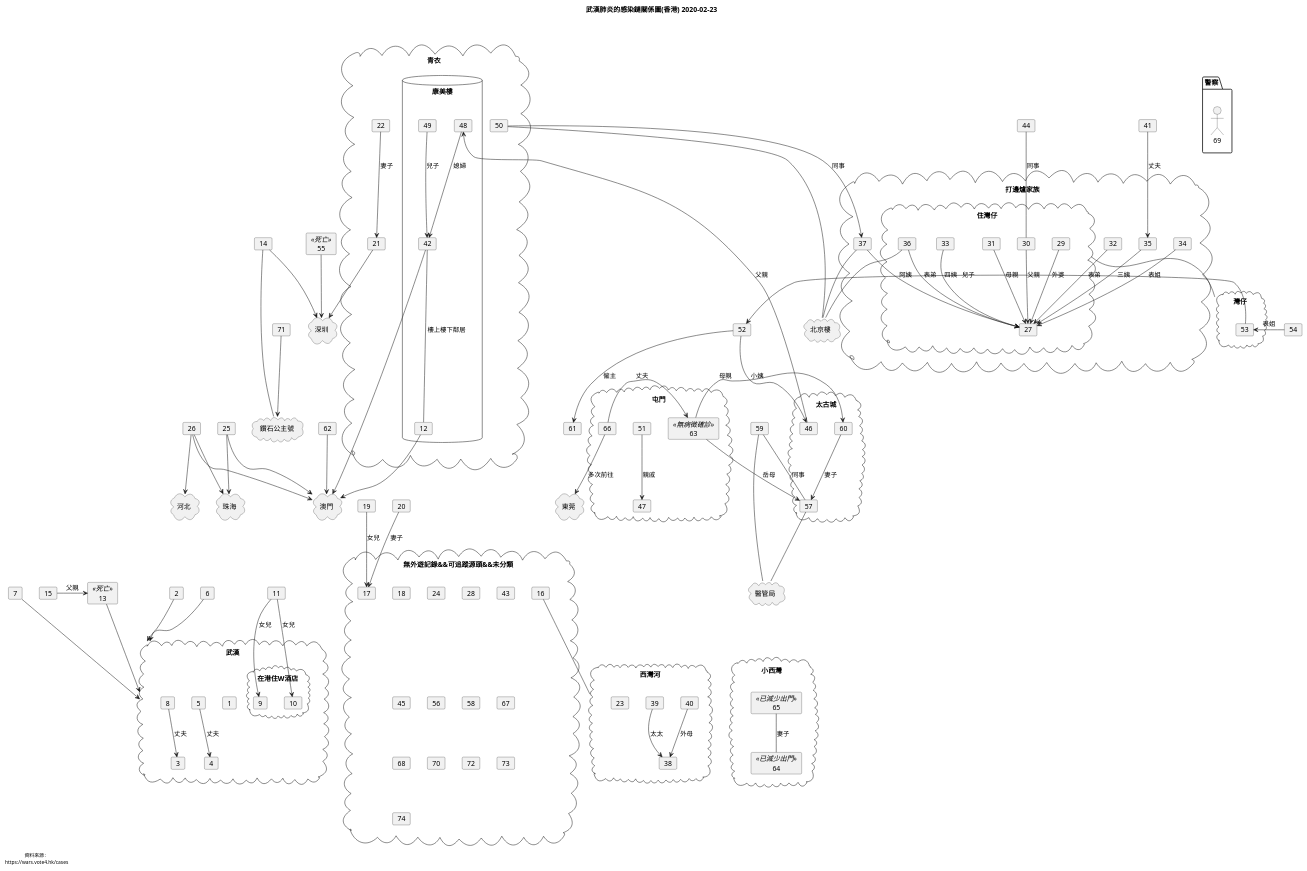
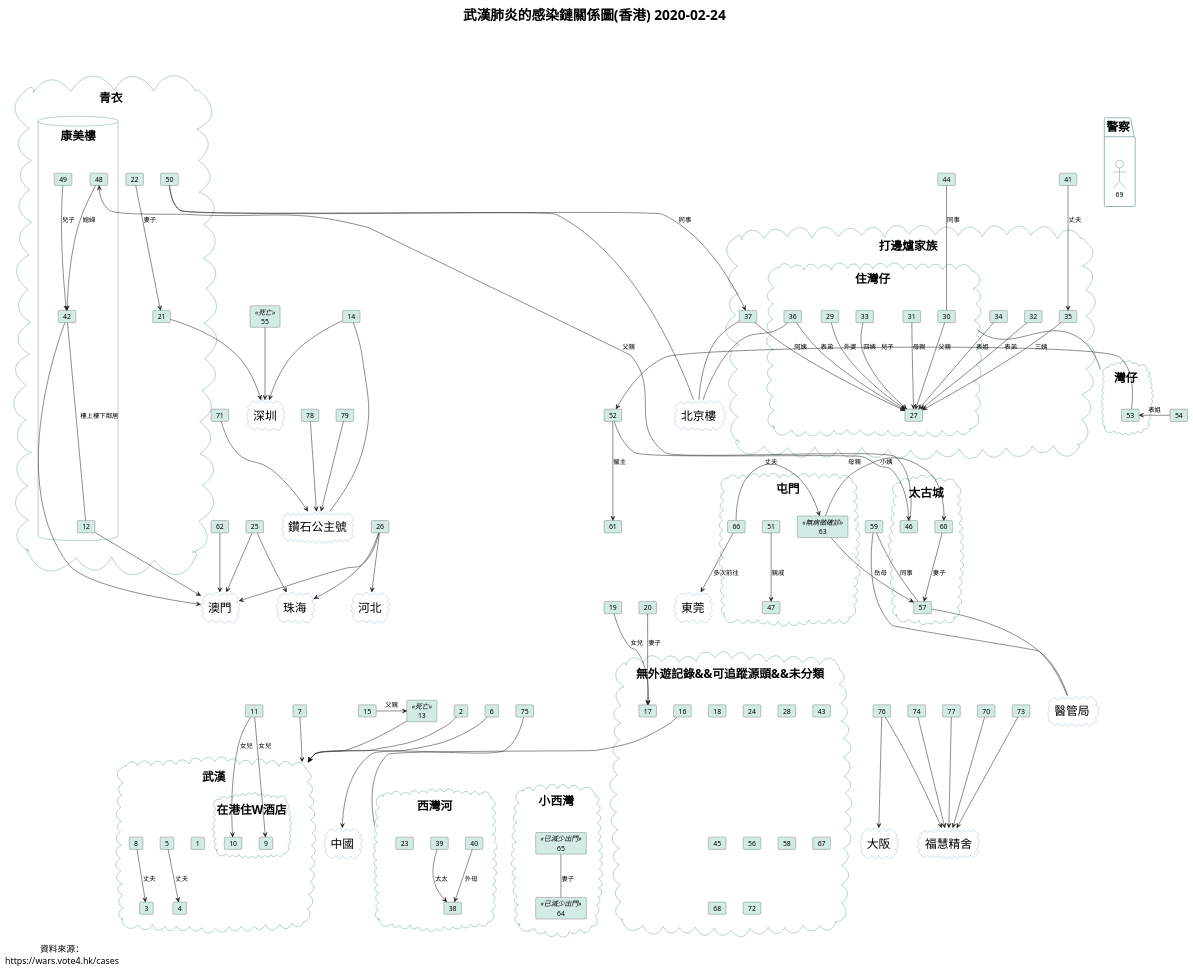
Before and after one commit to benlau/wuhan-virus-info: the diagram in wuhan-virus-spread-hongkong.puml, drawn with PlantUML. The commit also changed 1 other file, not shown here.

```diff
--- a/wuhan-virus-spread-hongkong.puml
+++ b/wuhan-virus-spread-hongkong.puml
@@ -1,26 +1,6 @@
 @startuml
 
-skinparam classAttributeIconSize 0
-hide circle
-skinparam monochrome true
-
-skinparam class {
-	BackgroundColor transparent
-}
-
-skinparam node {
-	BackgroundColor transparent
-}
-
-skinparam Header {
-	FontColor black
-}
-
-skinparam Footer {
-	FontColor black
-}
-
-title 武漢肺炎的感染鏈關係圖(香港) 2020-02-23\n\n
+title 武漢肺炎的感染鏈關係圖(香港) 2020-02-24\n\n
 
 cloud "深圳" as ShenZhen
 
@@ -104,10 +84,7 @@
   card 58
 	card 67
 	card 68
-	card 70
 	card 72
-	card 73
-	card 74
 }
 
 cloud "澳門" as Macau
@@ -151,7 +128,9 @@
 cloud "醫管局" as HA
 cloud "河北"
 cloud "東莞"
-
+cloud "福慧精舍"
+cloud "中國"
+cloud "大阪"
 
 card 59
 card 14
@@ -172,7 +151,15 @@
 card 54
 card 55 <<死亡>>
 card 62
+card 70
 card 71
+card 73
+card 74
+card 75
+card 76
+card 77
+card 78
+card 79
 
 49 --> 42: 兒子
 46 --> 48: 父親
@@ -219,6 +206,17 @@
 66 -> 63: 丈夫
 66 --> 東莞: 多次前往
 71 --> DiamondPrincess
+75 --> 中國
+76 --> 大阪
+78 --> DiamondPrincess
+79 --> DiamondPrincess
+
+70 --> 福慧精舍
+73 --> 福慧精舍
+74 --> 福慧精舍
+76 --> 福慧精舍
+77 --> 福慧精舍
+
 HotPotFamilyWanChain -- WanChai
 
 /'Layout
@@ -230,10 +228,64 @@
 TsingYi -[hidden]----- NoRecord
 NoRecord -[hidden]- SaiWanHo
 NoRecord -[hidden]- 小西灣
+NoRecord -[hidden]- 福慧精舍
+NoRecord -[hidden]- 大阪
+NoRecord -[hidden]- 中國
 
 left footer
 資料來源：
 https://wars.vote4.hk/cases
 endfooter
 
+skinparam classAttributeIconSize 0
+hide circle
+skinparam monochrome false
+
+skinparam class {
+	BackgroundColor transparent
+}
+
+skinparam node {
+	BackgroundColor transparent
+}
+
+skinparam cloud {
+	FontSize 24
+	BorderColor steelblue
+	BackgroundColor transparent
+}
+
+'skinparam ArrowColor coral
+'skinparam ArrowColor firebrick
+skinparam ArrowColor black
+skinparam TitleFontSize 28
+skinparam ActorBackgroundColor transparent
+
+skinparam database {
+	FontSize 24
+	BorderColor #6ca3a3
+}
+
+skinparam package {
+	FontSize 24
+	BorderColor #6ca3a3
+}
+
+skinparam card {
+	BackgroundColor d3ebe5
+}
+
+skinparam Header {
+	FontColor black
+}
+
+skinparam actor {
+	BackgroundColor transparent
+}
+
+skinparam Footer {
+	FontSize 18
+	FontColor black
+}
+
 @enduml
```
